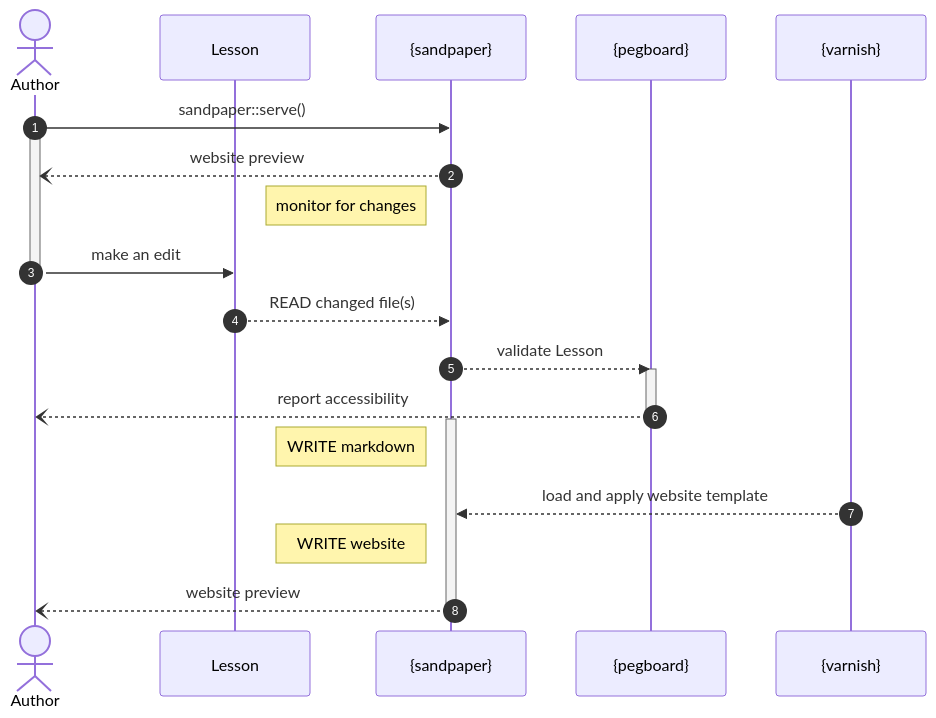
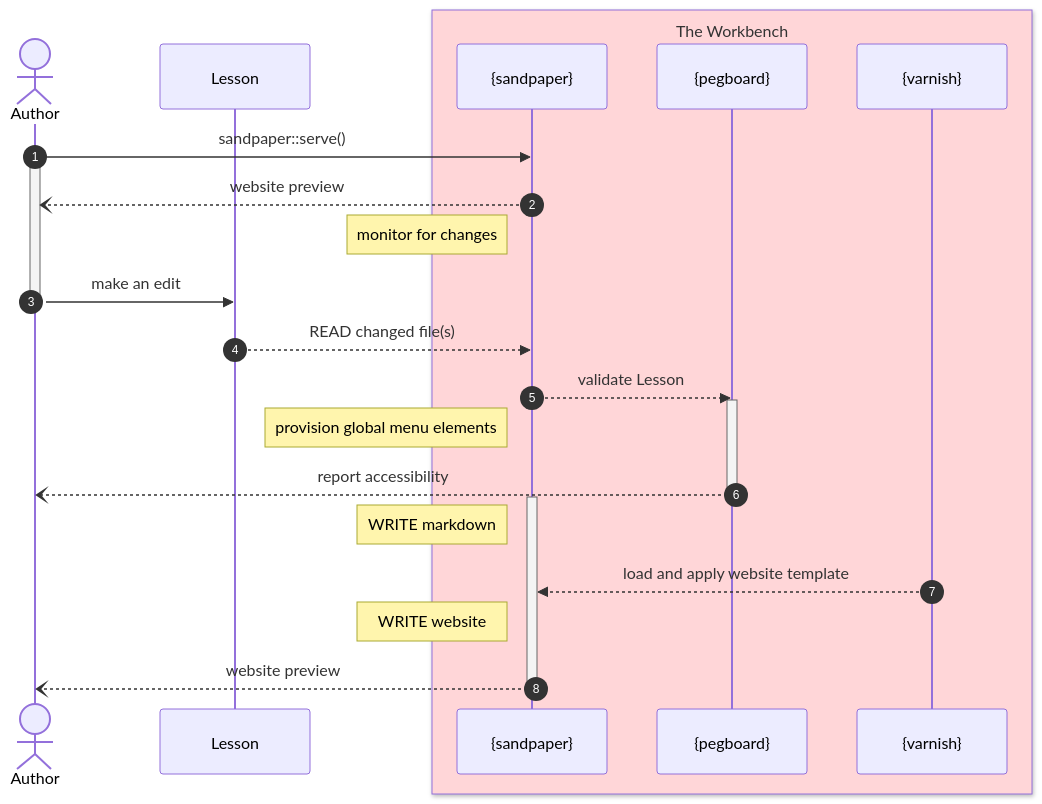
The diagram in contributor/index.qmd (carpentries/workbench), drawn with Mermaid before and after one commit. The commit also changed other lines of this file and 3 other files, not shown here.

````diff
--- a/contributor/index.qmd
+++ b/contributor/index.qmd
@@ -33,36 +47,30 @@
 ```{mermaid}
 sequenceDiagram
     autonumber
     actor Author
     participant Lesson 
-    %% box rgb(255, 214, 216) The Workbench
+    box rgb(255, 214, 216) The Workbench
     participant {sandpaper}
     participant {pegboard}
     participant {varnish}
-    %% end
-    %% box rgb(255, 231, 168) Generated Files
-    %% participant episode.md
-    %% participant episode.html
-    %% end
+    end
 
     Author ->> {sandpaper}: sandpaper::serve()
     activate Author
     {sandpaper} --) Author: website preview
     note left of {sandpaper}: monitor for changes
     Author ->> Lesson: make an edit
     deactivate Author
     Lesson -->> {sandpaper}: READ changed file(s)
     {sandpaper} -->> {pegboard}: validate Lesson
     activate {pegboard}
+    note left of {sandpaper}: provision global menu elements
     {pegboard} --) Author: report accessibility 
     deactivate {pegboard}
     activate {sandpaper}
     note left of {sandpaper}: WRITE markdown
-    %% {sandpaper} ->> episode.md: WRITE to Markdown (via {knitr} and {renv})
-    %% episode.md -->> {sandpaper}: convert to HTML (via pandoc)
     {varnish} -->> {sandpaper}: load and apply website template
     note left of {sandpaper}: WRITE website
-    %% {sandpaper} ->> episode.html: WRITE website
     {sandpaper} --) Author: website preview
     deactivate {sandpaper}
 ```
````
